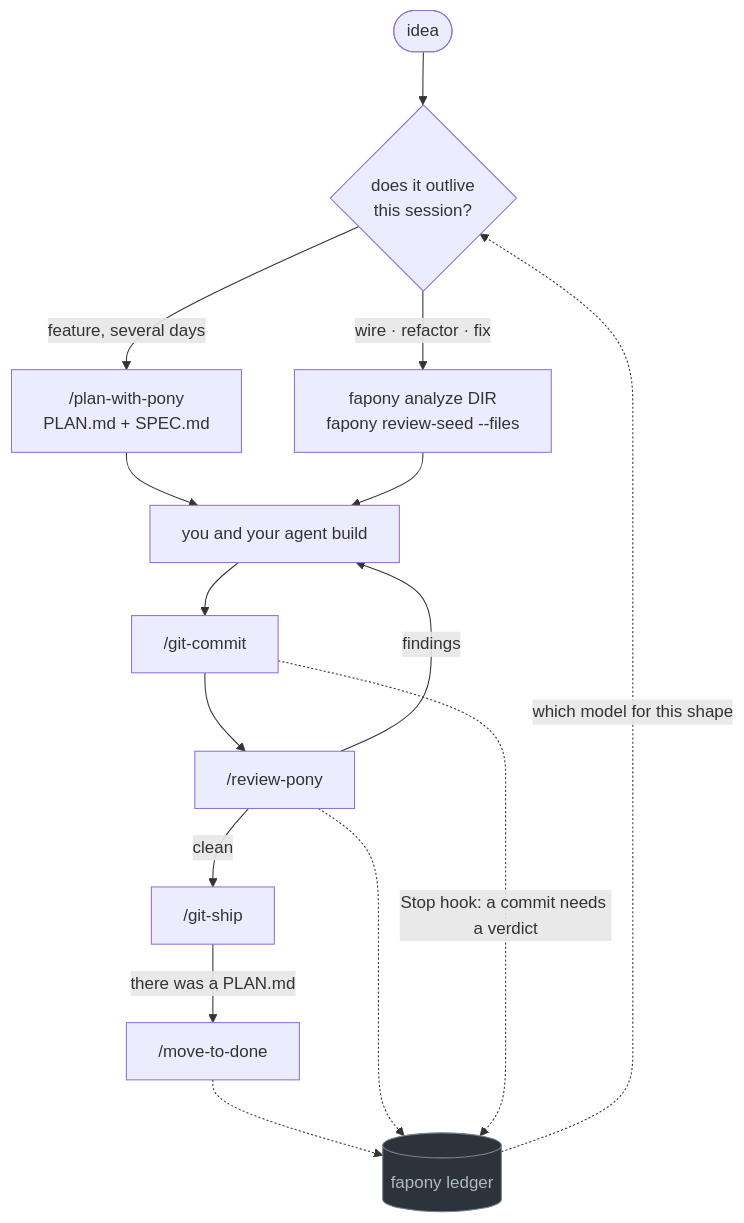
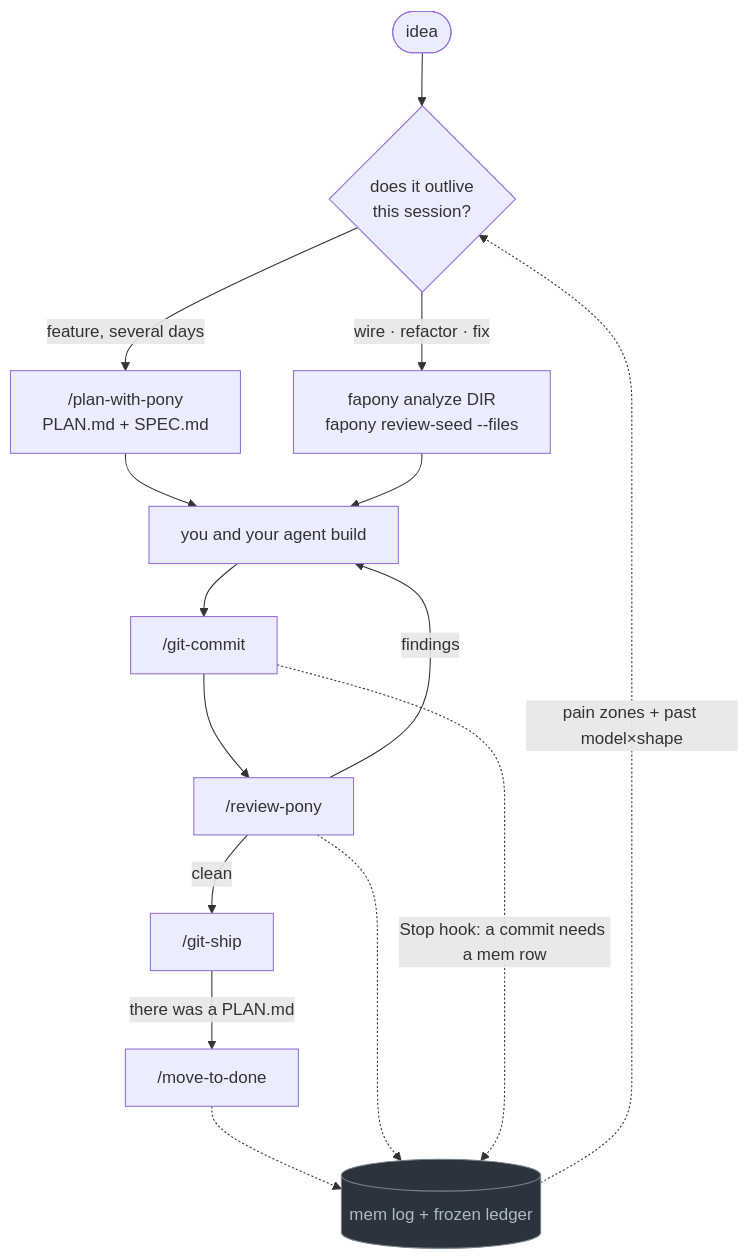
The fourth of 4 diagrams in README.md (inonix-dev/fapony), drawn with Mermaid before and after one commit. The commit also changed other lines of this file and 2 other files, not shown here.

First line of the commit message:
docs: README + CLAUDE.md match the post-verdict world

````diff
--- a/README.md
+++ b/README.md
@@ -321,19 +326,19 @@
 ```mermaid
 flowchart TD
     I([idea]) --> Q{does it outlive<br/>this session?}
     Q -->|"feature, several days"| P["/plan-with-pony<br/>PLAN.md + SPEC.md"]
     Q -->|"wire · refactor · fix"| Z["fapony analyze DIR<br/>fapony review-seed --files"]
     P --> W[you and your agent build]
     Z --> W
     W --> C["/git-commit"]
     C --> R["/review-pony"]
     R -->|findings| W
     R -->|clean| S["/git-ship"]
     S -->|"there was a PLAN.md"| D["/move-to-done"]
-    D -.-> H[(fapony ledger)]
+    D -.-> H[(mem log + frozen ledger)]
     R -.-> H
-    C -.->|"Stop hook: a commit needs a verdict"| H
-    H -.->|"which model for this shape"| Q
+    C -.->|"Stop hook: a commit needs a mem row"| H
+    H -.->|"pain zones + past model×shape"| Q
 
     style H fill:#2d333b,stroke:#768390,color:#adbac7
 ```
````
